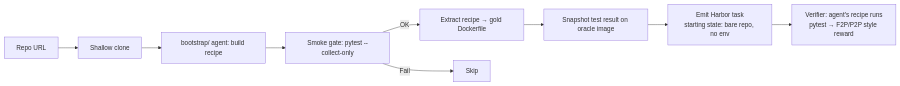
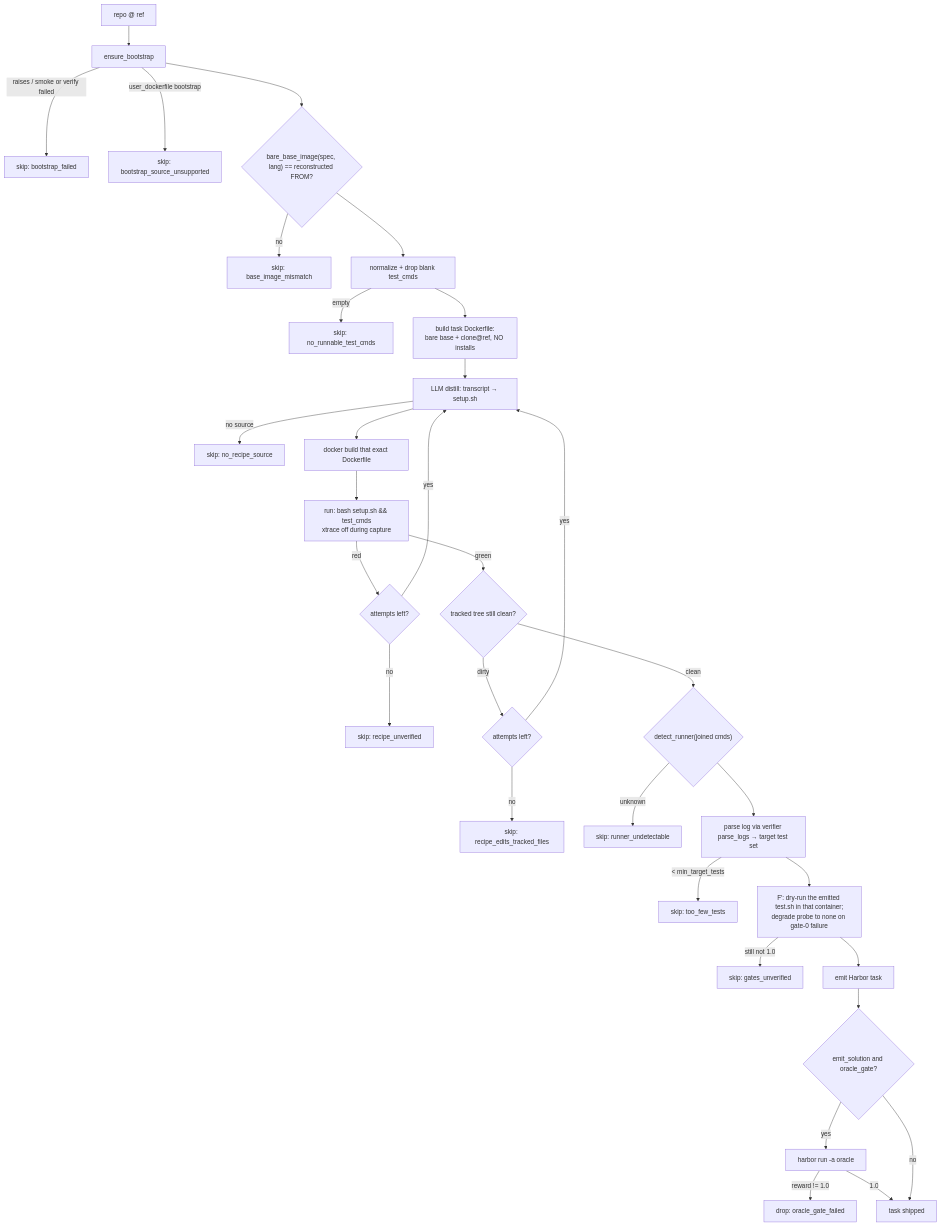
The diagram in docs/rfcs/0008-env-setup.md (huggingface/Repo2RLEnv), drawn with Mermaid before and after one commit. The commit also changed other lines of this file and 17 other files, not shown here.

````diff
--- a/docs/rfcs/0008-env-setup.md
+++ b/docs/rfcs/0008-env-setup.md
@@ -47,11 +441,34 @@
 ```mermaid
-flowchart LR
-    A[Repo URL] --> B[Shallow clone]
-    B --> C[bootstrap/ agent: build recipe]
-    C --> D[Smoke gate: pytest --collect-only]
-    D -->|OK| E[Extract recipe → gold Dockerfile]
-    D -->|Fail| X[Skip]
-    E --> F[Snapshot test result on oracle image]
-    F --> G[Emit Harbor task<br/>starting state: bare repo, no env]
-    G --> H[Verifier: agent's recipe runs<br/>pytest → F2P/P2P style reward]
+flowchart TD
+    A[repo @ ref] --> B[ensure_bootstrap]
+    B -->|raises / smoke or verify failed| SK1[skip: bootstrap_failed]
+    B -->|user_dockerfile bootstrap| SK8[skip: bootstrap_source_unsupported]
+    B --> BI{"bare_base_image(spec, lang) == reconstructed FROM?"}
+    BI -->|no| SK9[skip: base_image_mismatch]
+    BI --> BP[normalize + drop blank test_cmds]
+    BP -->|empty| SK5[skip: no_runnable_test_cmds]
+    BP --> C[build task Dockerfile:<br/>bare base + clone@ref, NO installs]
+    C --> D[LLM distill: transcript → setup.sh]
+    D -->|no source| SK6[skip: no_recipe_source]
+    D --> E[docker build that exact Dockerfile]
+    E --> F[run: bash setup.sh && test_cmds<br/>xtrace off during capture]
+    F -->|red| G{attempts left?}
+    G -->|yes| D
+    G -->|no| SK2[skip: recipe_unverified]
+    F -->|green| TC{tracked tree still clean?}
+    TC -->|dirty| G2{attempts left?}
+    G2 -->|yes| D
+    G2 -->|no| SK10[skip: recipe_edits_tracked_files]
+    TC -->|clean| RN{"detect_runner(joined cmds)"}
+    RN -->|unknown| SK11[skip: runner_undetectable]
+    RN --> H[parse log via verifier parse_logs → target test set]
+    H -->|< min_target_tests| SK3[skip: too_few_tests]
+    H --> FP[F′: dry-run the emitted test.sh in that container;<br/>degrade probe to none on gate-0 failure]
+    FP -->|still not 1.0| SK7[skip: gates_unverified]
+    FP --> I[emit Harbor task]
+    I --> J{emit_solution and oracle_gate?}
+    J -->|yes| K[harbor run -a oracle]
+    K -->|reward != 1.0| SK4[drop: oracle_gate_failed]
+    K -->|1.0| Z[task shipped]
+    J -->|no| Z
 ```
````
